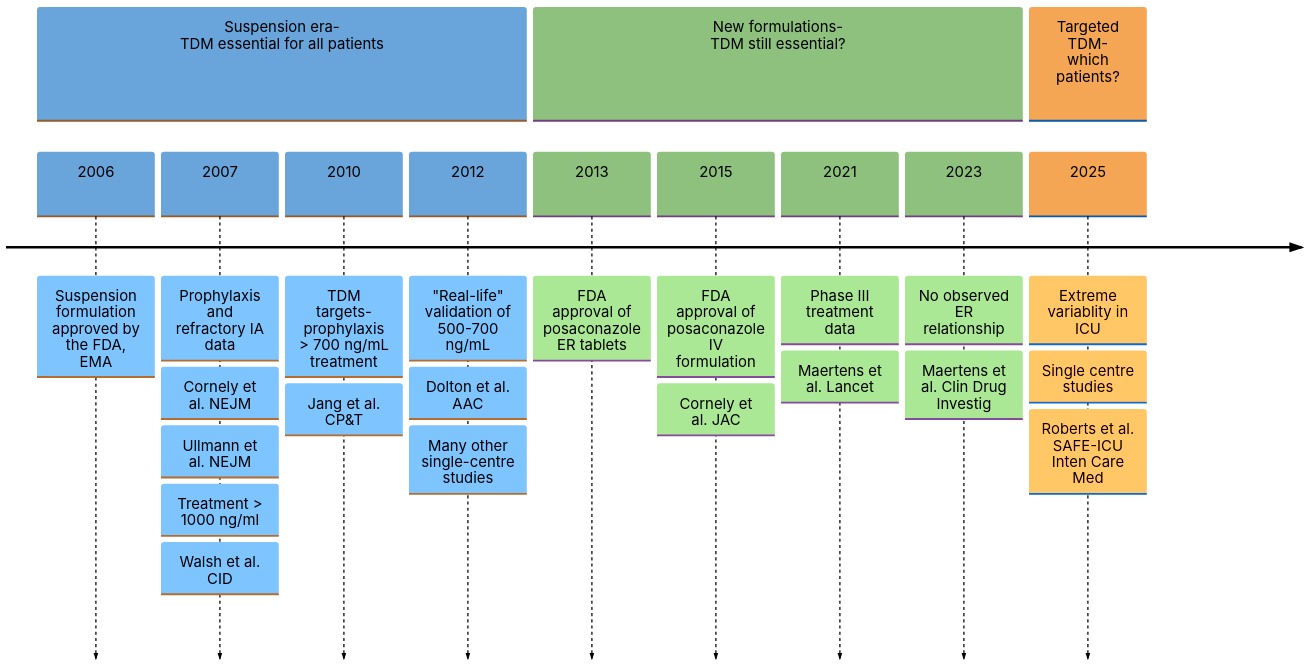
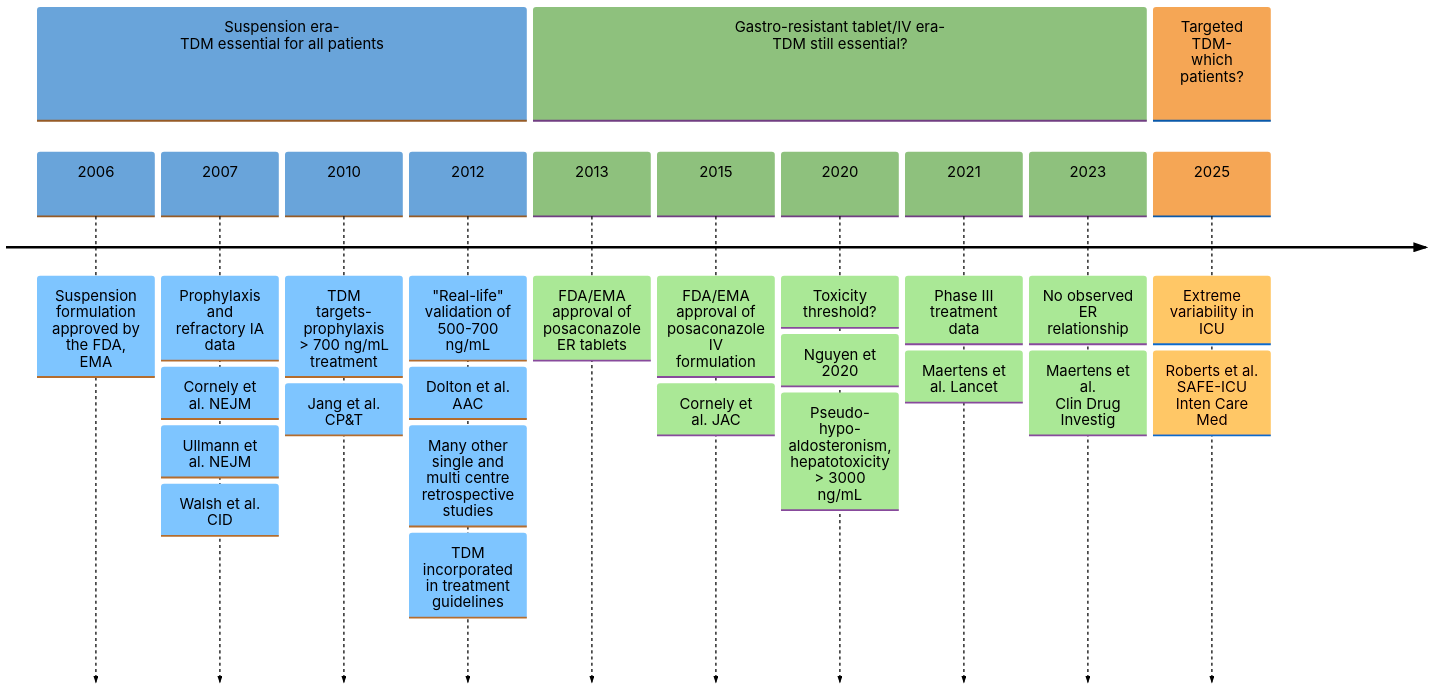
The diagram in Lecture1.qmd (Russlewisbo/EPAG), drawn with Mermaid before and after one commit. The commit also changed other lines of this file and 2 other files, not shown here.

````diff
--- a/Lecture1.qmd
+++ b/Lecture1.qmd
@@ -52,32 +52,33 @@
 ```{mermaid}
 %%{init: {
     'theme': 'base',
     'themeVariables': {
       'fontFamily': "Arial, sans-serif",
       'fontSize': '24px',
       'primaryColor': '#cfe2f3',
       'primaryTextColor': '#000000',
       'primaryBorderColor': '##ffffff',
       'lineColor': '#000000',
       'secondaryColor': '#d9ead3',
       'tertiaryColor': '#fce5cd'
     }
   }
 }%%
 
 
 timeline
 section Suspension era- <br>TDM essential for all patients
   2006: Suspension formulation approved by the FDA, EMA
-  2007: Prophylaxis and refractory IA data: Cornely et al. NEJM: Ullmann et al. NEJM: Treatment > 1000 ng/ml: Walsh et al. CID 
+  2007: Prophylaxis and refractory IA data: Cornely et al. NEJM: Ullmann et al. NEJM: Walsh et al. CID
   2010: TDM targets- prophylaxis > 700 ng/mL treatment: Jang et al. CP&T 
-  2012: "Real-life" validation of 500-700 ng/mL: Dolton et al. AAC: Many other single-centre studies
-section New formulations- <br> TDM still essential?
-  2013: FDA approval of posaconazole ER tablets 
-  2015: FDA approval of posaconazole IV formulation: Cornely et al. JAC
+  2012: "Real-life" validation of 500-700 ng/mL: Dolton et al. AAC: Many other single and multi centre retrospective studies : TDM incorporated in treatment guidelines
+section Gastro-resistant tablet/IV era- <br> TDM still essential?
+  2013: FDA/EMA approval of posaconazole ER tablets 
+  2015: FDA/EMA approval of posaconazole IV formulation: Cornely et al. JAC
+  2020: Toxicity threshold? : Nguyen et 2020: Pseudo- <br>hypo- <br>aldosteronism, hepatotoxicity > 3000 ng/mL
   2021: Phase III treatment data: Maertens et al. Lancet 
-  2023: No observed ER relationship: Maertens et al. Clin Drug Investig
+  2023: No observed ER relationship: Maertens et al.  <br>Clin Drug Investig
 section Targeted TDM- <br> which patients?
-  2025: Extreme variablity in ICU : Single centre studies : Roberts et al. <br> SAFE-ICU <br> Inten Care Med
+  2025: Extreme variability in ICU : Roberts et al. <br> SAFE-ICU <br> Inten Care Med
   
 ```
````
